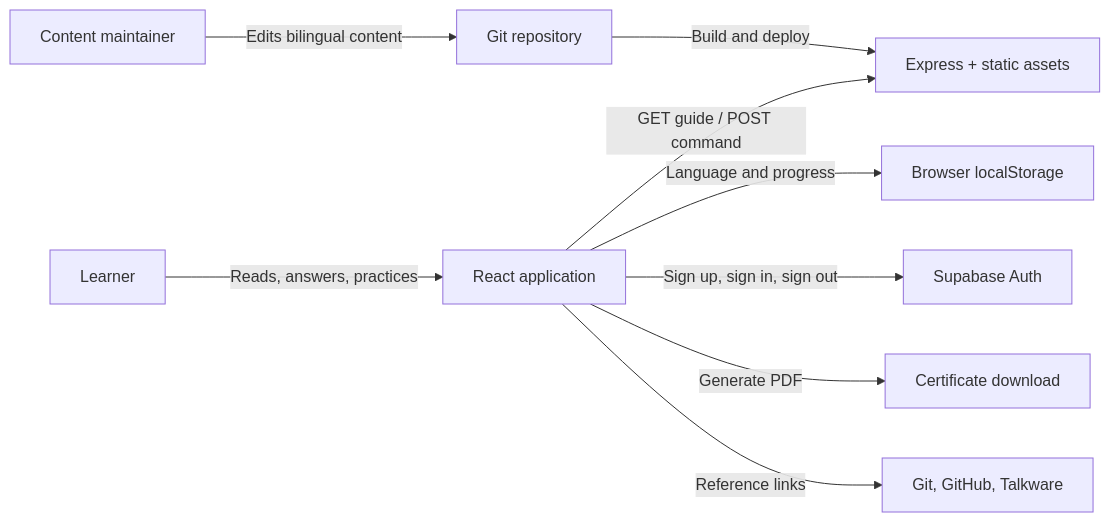
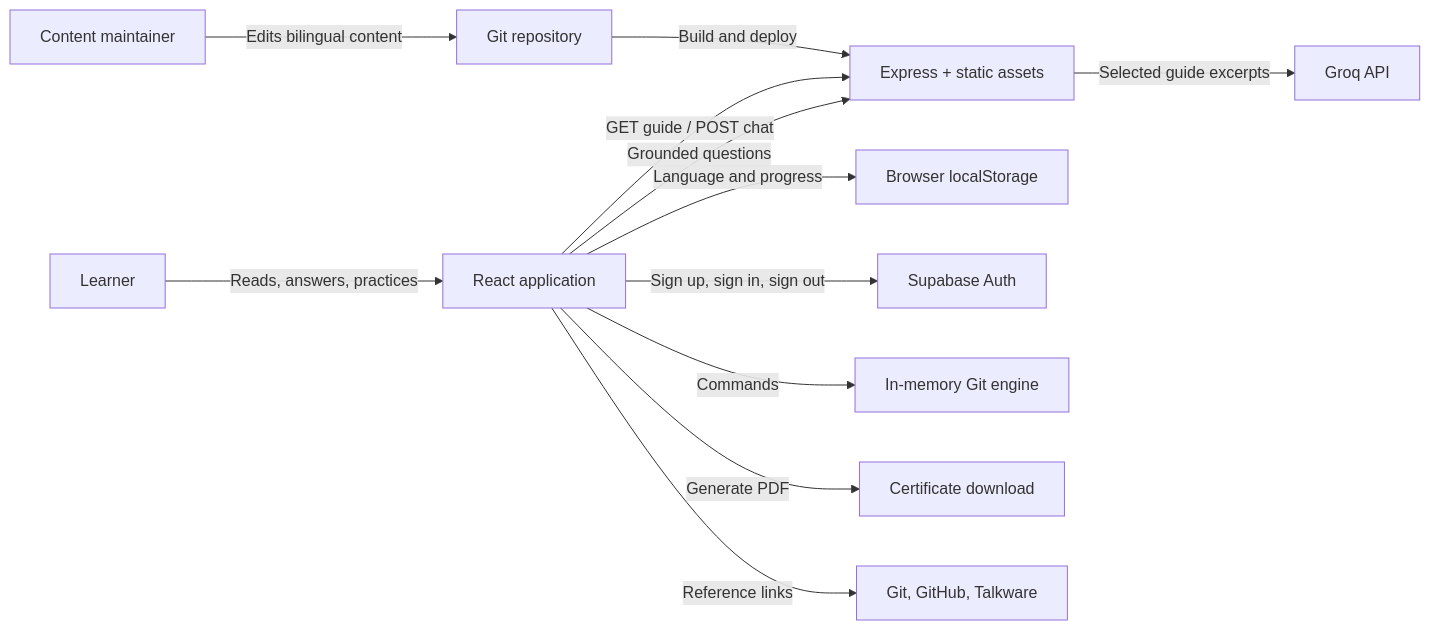
Before and after one commit to MoriartyLink/git-guide: the first of 9 diagrams in docs/ARCHITECTURE.md, drawn with Mermaid. The commit also changed other lines of this file and 26 other files, not shown here.

````diff
--- a/docs/ARCHITECTURE.md
+++ b/docs/ARCHITECTURE.md
@@ -16,11 +17,14 @@
 ```mermaid
 flowchart LR
     Learner["Learner"] -->|Reads, answers, practices| Browser["React application"]
     Maintainer["Content maintainer"] -->|Edits bilingual content| Source["Git repository"]
     Source -->|Build and deploy| Server["Express + static assets"]
-    Browser -->|GET guide / POST command| Server
+    Browser -->|GET guide / POST chat| Server
     Browser -->|Language and progress| Storage["Browser localStorage"]
     Browser -->|Sign up, sign in, sign out| Supabase["Supabase Auth"]
+    Browser -->|Grounded questions| Server
+    Server -->|Selected guide excerpts| Groq["Groq API"]
+    Browser -->|Commands| Simulator["In-memory Git engine"]
     Browser -->|Generate PDF| Download["Certificate download"]
     Browser -->|Reference links| Docs["Git, GitHub, Talkware"]
 ```
````
